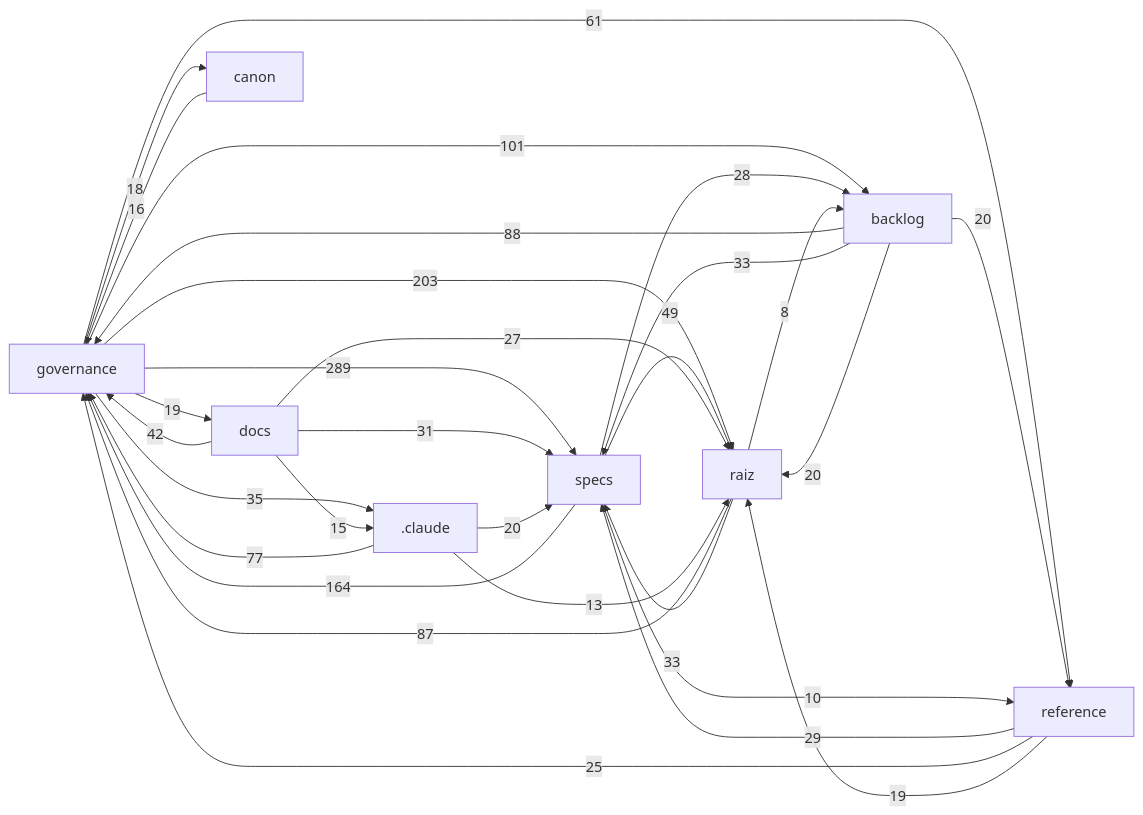
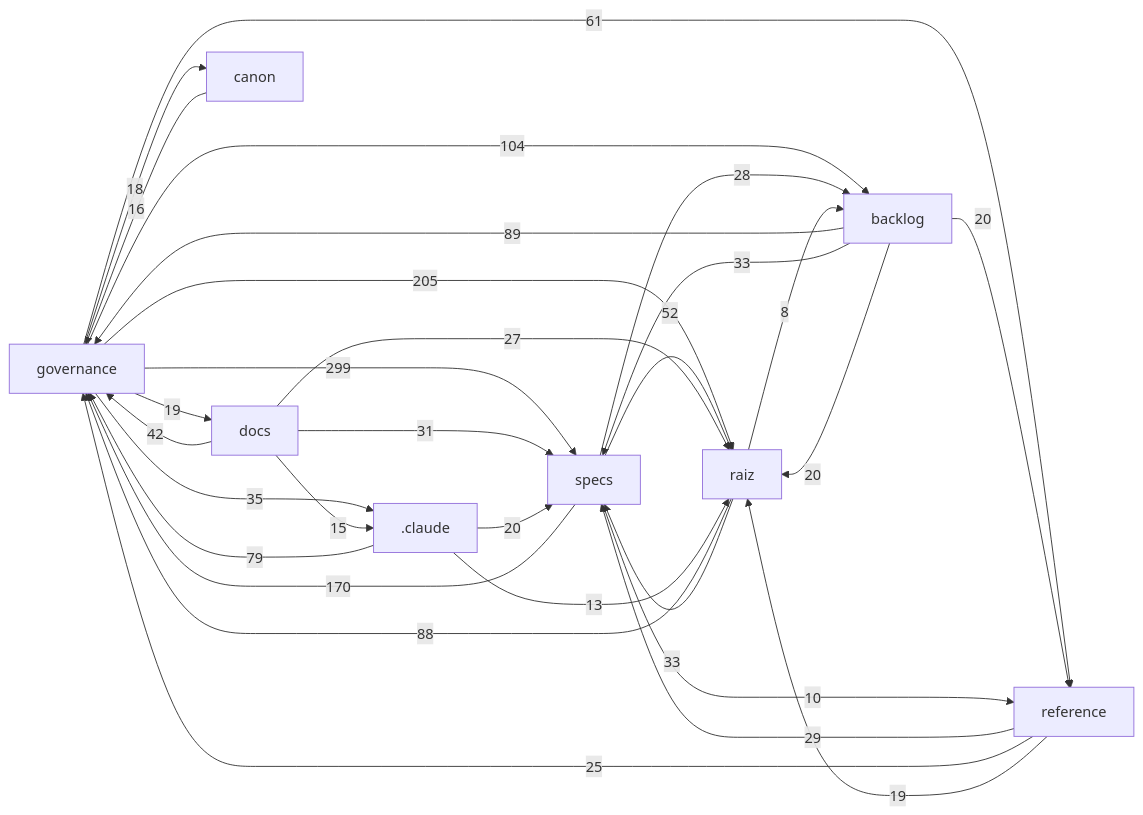
Before and after one commit to Andraus35/Sistema-Operacional-de-Trading--SOT: the diagram in docs/mapa/MAPA-PROJETO.md, drawn with Mermaid. The commit also changed other lines of this file and 12 other files, not shown here.

````diff
--- a/docs/mapa/MAPA-PROJETO.md
+++ b/docs/mapa/MAPA-PROJETO.md
@@ -30,32 +30,32 @@
 ```mermaid
 flowchart LR
-  governance["governance"] -->|289| specs["specs"]
-  governance["governance"] -->|203| raiz["raiz"]
-  specs["specs"] -->|164| governance["governance"]
-  governance["governance"] -->|101| backlog["backlog"]
-  backlog["backlog"] -->|88| governance["governance"]
-  raiz["raiz"] -->|87| governance["governance"]
-  _claude[".claude"] -->|77| governance["governance"]
+  governance["governance"] -->|299| specs["specs"]
+  governance["governance"] -->|205| raiz["raiz"]
+  specs["specs"] -->|170| governance["governance"]
+  governance["governance"] -->|104| backlog["backlog"]
+  backlog["backlog"] -->|89| governance["governance"]
+  raiz["raiz"] -->|88| governance["governance"]
+  _claude[".claude"] -->|79| governance["governance"]
   governance["governance"] -->|61| reference["reference"]
-  specs["specs"] -->|49| raiz["raiz"]
+  specs["specs"] -->|52| raiz["raiz"]
   docs["docs"] -->|42| governance["governance"]
   governance["governance"] -->|35| _claude[".claude"]
   raiz["raiz"] -->|33| specs["specs"]
   backlog["backlog"] -->|33| specs["specs"]
   docs["docs"] -->|31| specs["specs"]
   reference["reference"] -->|29| specs["specs"]
   specs["specs"] -->|28| backlog["backlog"]
   docs["docs"] -->|27| raiz["raiz"]
   reference["reference"] -->|25| governance["governance"]
   _claude[".claude"] -->|20| specs["specs"]
   backlog["backlog"] -->|20| raiz["raiz"]
   backlog["backlog"] -->|20| reference["reference"]
   governance["governance"] -->|19| docs["docs"]
   reference["reference"] -->|19| raiz["raiz"]
   governance["governance"] -->|18| canon["canon"]
   canon["canon"] -->|16| governance["governance"]
   docs["docs"] -->|15| _claude[".claude"]
   _claude[".claude"] -->|13| raiz["raiz"]
   specs["specs"] -->|10| reference["reference"]
   raiz["raiz"] -->|8| backlog["backlog"]
 ```
````
